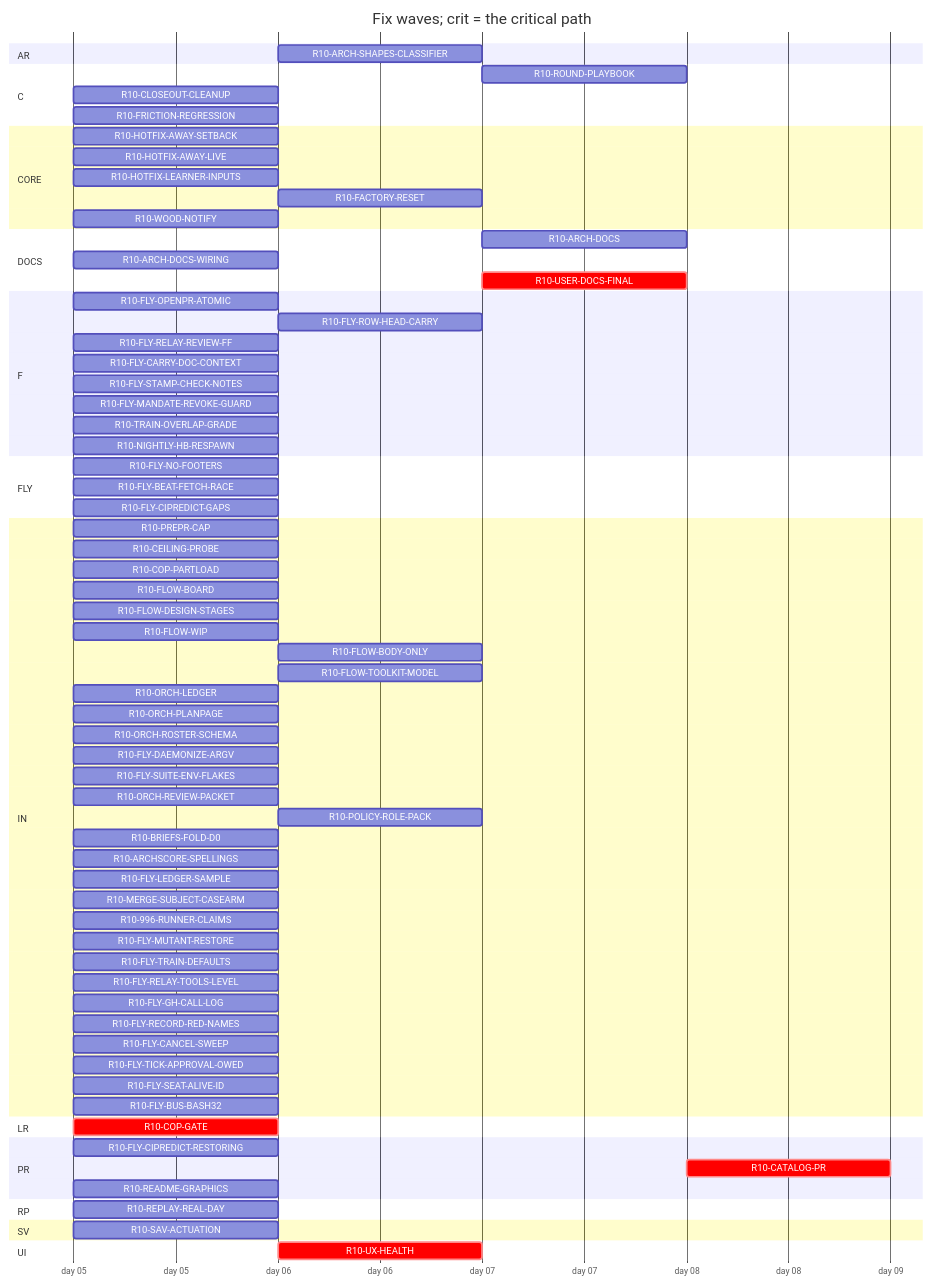
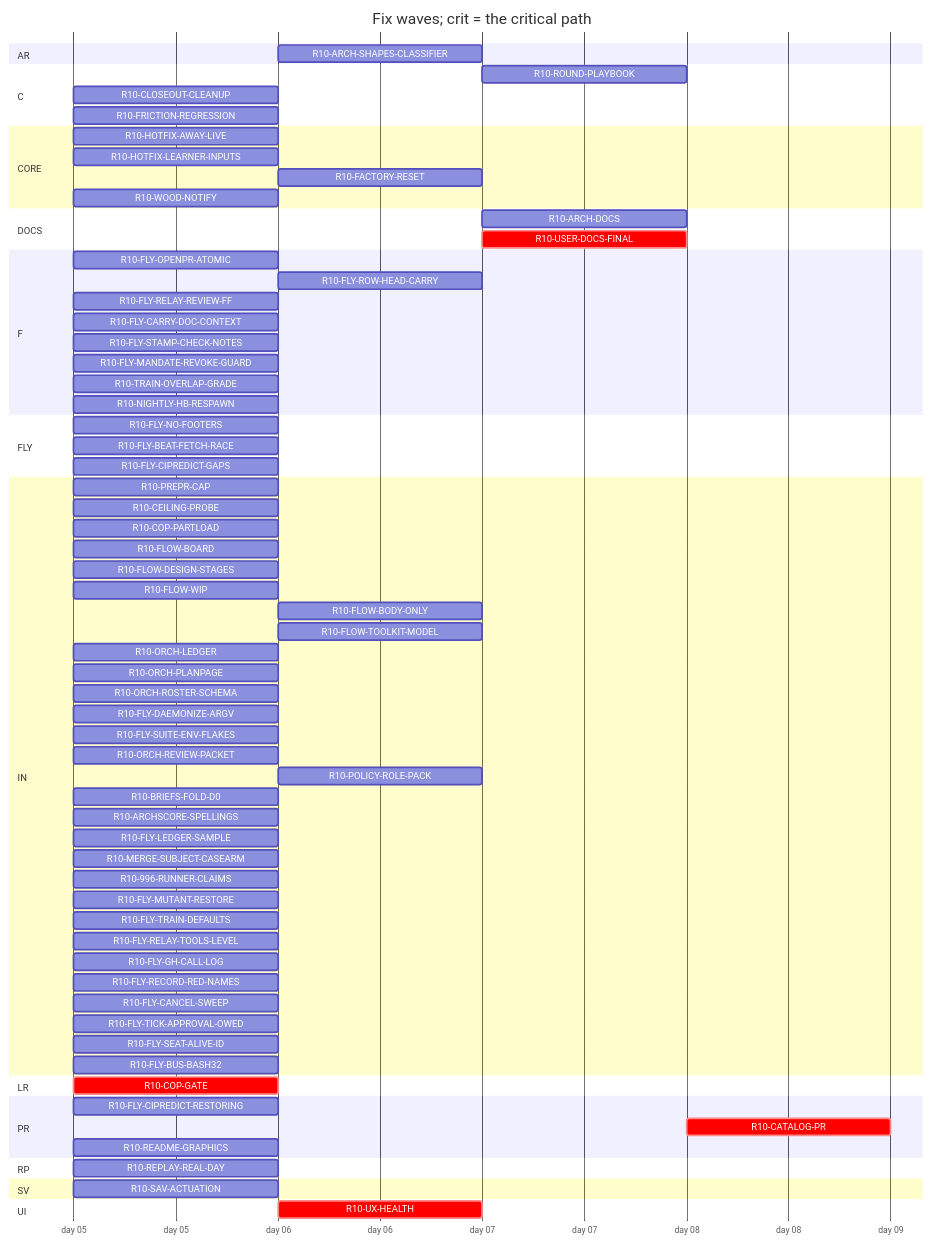
The diagram in handoff/round10/state/PLAN-TABLE.md (tvofi/heatpump_optimizer), drawn with Mermaid before and after one commit. The commit also changed other lines of this file and 3 other files, not shown here.

Commit message:
state: FLOW-BOARD.md, NEXT-SESSION-PROMPT.md, PLAN-TABLE.md, RESUME-CURRENT.md regenerated (state_docs.py)

````diff
--- a/handoff/round10/state/PLAN-TABLE.md
+++ b/handoff/round10/state/PLAN-TABLE.md
@@ -25,77 +25,75 @@
 ```mermaid
 gantt
   title Fix waves; crit = the critical path
   dateFormat YYYY-MM-DD
   axisFormat day %d
   section AR
     R10-ARCH-SHAPES-CLASSIFIER :r10ARCHSHAPESCLASSIFIER, after r10996RUNNERCLAIMS, 1d
   section C
     R10-ROUND-PLAYBOOK :r10ROUNDPLAYBOOK, after r10ORCHLEDGER r10ORCHPLANPAGE r10FLYRELAYREVIEWFF r10FLOWBODYONLY, 1d
     R10-CLOSEOUT-CLEANUP :r10CLOSEOUTCLEANUP, 2026-01-05, 1d
     R10-FRICTION-REGRESSION :r10FRICTIONREGRESSION, 2026-01-05, 1d
   section CORE
-    R10-HOTFIX-AWAY-SETBACK :r10HOTFIXAWAYSETBACK, 2026-01-05, 1d
     R10-HOTFIX-AWAY-LIVE :r10HOTFIXAWAYLIVE, 2026-01-05, 1d
     R10-HOTFIX-LEARNER-INPUTS :r10HOTFIXLEARNERINPUTS, 2026-01-05, 1d
     R10-FACTORY-RESET :r10FACTORYRESET, after r10HOTFIXLEARNERINPUTS, 1d
     R10-WOOD-NOTIFY :r10WOODNOTIFY, 2026-01-05, 1d
   section DOCS
     R10-ARCH-DOCS :r10ARCHDOCS, after r10COPGATE r10UXHEALTH r10CEILINGPROBE r10COPPARTLOAD r10FLOWBOARD r10FLOWDESIGNSTAGES r10FLOWWIP r10FLOWBODYONLY r10FLYOPENPRATOMIC r10FLYROWHEADCARRY r10FLYRELAYREVIEWFF r10FLYCARRYDOCCONTEXT r10FLOWTOOLKITMODEL r10FLYSTAMPCHECKNOTES r10FLYMANDATEREVOKEGUARD r10TRAINOVERLAPGRADE r10NIGHTLYHBRESPAWN r10ORCHLEDGER r10ORCHPLANPAGE r10ORCHROSTERSCHEMA r10FLYDAEMONIZEARGV r10ORCHREVIEWPACKET r10POLICYROLEPACK r10BRIEFSFOLDD0 r10REPLAYREALDAY r10ARCHSCORESPELLINGS r10SAVACTUATION r10FLYLEDGERSAMPLE r10READMEGRAPHICS, 1d
-    R10-ARCH-DOCS-WIRING :r10ARCHDOCSWIRING, 2026-01-05, 1d
-    R10-USER-DOCS-FINAL :crit, r10USERDOCSFINAL, after r10COPGATE r10UXHEALTH r10CEILINGPROBE r10COPPARTLOAD r10FLOWBOARD r10FLOWDESIGNSTAGES r10FLOWWIP r10FLOWBODYONLY r10FLYOPENPRATOMIC r10FLYROWHEADCARRY r10FLYRELAYREVIEWFF r10FLYCARRYDOCCONTEXT r10FLOWTOOLKITMODEL r10FLYSTAMPCHECKNOTES r10FLYMANDATEREVOKEGUARD r10TRAINOVERLAPGRADE r10NIGHTLYHBRESPAWN r10ORCHLEDGER r10ORCHPLANPAGE r10ORCHROSTERSCHEMA r10FLYDAEMONIZEARGV r10ORCHREVIEWPACKET r10POLICYROLEPACK r10BRIEFSFOLDD0 r10REPLAYREALDAY r10ARCHSCORESPELLINGS r10SAVACTUATION r10FLYLEDGERSAMPLE r10READMEGRAPHICS r10HOTFIXAWAYLIVE r10HOTFIXAWAYSETBACK r10HOTFIXLEARNERINPUTS r10FACTORYRESET r10WOODNOTIFY r10ARCHDOCSWIRING, 1d
+    R10-USER-DOCS-FINAL :crit, r10USERDOCSFINAL, after r10COPGATE r10UXHEALTH r10CEILINGPROBE r10COPPARTLOAD r10FLOWBOARD r10FLOWDESIGNSTAGES r10FLOWWIP r10FLOWBODYONLY r10FLYOPENPRATOMIC r10FLYROWHEADCARRY r10FLYRELAYREVIEWFF r10FLYCARRYDOCCONTEXT r10FLOWTOOLKITMODEL r10FLYSTAMPCHECKNOTES r10FLYMANDATEREVOKEGUARD r10TRAINOVERLAPGRADE r10NIGHTLYHBRESPAWN r10ORCHLEDGER r10ORCHPLANPAGE r10ORCHROSTERSCHEMA r10FLYDAEMONIZEARGV r10ORCHREVIEWPACKET r10POLICYROLEPACK r10BRIEFSFOLDD0 r10REPLAYREALDAY r10ARCHSCORESPELLINGS r10SAVACTUATION r10FLYLEDGERSAMPLE r10READMEGRAPHICS r10HOTFIXAWAYLIVE r10HOTFIXLEARNERINPUTS r10FACTORYRESET r10WOODNOTIFY, 1d
   section F
     R10-FLY-OPENPR-ATOMIC :r10FLYOPENPRATOMIC, 2026-01-05, 1d
     R10-FLY-ROW-HEAD-CARRY :r10FLYROWHEADCARRY, after r10FLYOPENPRATOMIC, 1d
     R10-FLY-RELAY-REVIEW-FF :r10FLYRELAYREVIEWFF, 2026-01-05, 1d
     R10-FLY-CARRY-DOC-CONTEXT :r10FLYCARRYDOCCONTEXT, 2026-01-05, 1d
     R10-FLY-STAMP-CHECK-NOTES :r10FLYSTAMPCHECKNOTES, 2026-01-05, 1d
     R10-FLY-MANDATE-REVOKE-GUARD :r10FLYMANDATEREVOKEGUARD, 2026-01-05, 1d
     R10-TRAIN-OVERLAP-GRADE :r10TRAINOVERLAPGRADE, 2026-01-05, 1d
     R10-NIGHTLY-HB-RESPAWN :r10NIGHTLYHBRESPAWN, 2026-01-05, 1d
   section FLY
     R10-FLY-NO-FOOTERS :r10FLYNOFOOTERS, 2026-01-05, 1d
     R10-FLY-BEAT-FETCH-RACE :r10FLYBEATFETCHRACE, 2026-01-05, 1d
     R10-FLY-CIPREDICT-GAPS :r10FLYCIPREDICTGAPS, 2026-01-05, 1d
   section IN
     R10-PREPR-CAP :r10PREPRCAP, 2026-01-05, 1d
     R10-CEILING-PROBE :r10CEILINGPROBE, 2026-01-05, 1d
     R10-COP-PARTLOAD :r10COPPARTLOAD, 2026-01-05, 1d
     R10-FLOW-BOARD :r10FLOWBOARD, 2026-01-05, 1d
     R10-FLOW-DESIGN-STAGES :r10FLOWDESIGNSTAGES, 2026-01-05, 1d
     R10-FLOW-WIP :r10FLOWWIP, 2026-01-05, 1d
     R10-FLOW-BODY-ONLY :r10FLOWBODYONLY, after r10FLYOPENPRATOMIC, 1d
     R10-FLOW-TOOLKIT-MODEL :r10FLOWTOOLKITMODEL, after r10ORCHPLANPAGE, 1d
     R10-ORCH-LEDGER :r10ORCHLEDGER, 2026-01-05, 1d
     R10-ORCH-PLANPAGE :r10ORCHPLANPAGE, 2026-01-05, 1d
     R10-ORCH-ROSTER-SCHEMA :r10ORCHROSTERSCHEMA, 2026-01-05, 1d
     R10-FLY-DAEMONIZE-ARGV :r10FLYDAEMONIZEARGV, 2026-01-05, 1d
     R10-FLY-SUITE-ENV-FLAKES :r10FLYSUITEENVFLAKES, 2026-01-05, 1d
     R10-ORCH-REVIEW-PACKET :r10ORCHREVIEWPACKET, 2026-01-05, 1d
     R10-POLICY-ROLE-PACK :r10POLICYROLEPACK, after r10FLOWDESIGNSTAGES, 1d
     R10-BRIEFS-FOLD-D0 :r10BRIEFSFOLDD0, 2026-01-05, 1d
     R10-ARCHSCORE-SPELLINGS :r10ARCHSCORESPELLINGS, 2026-01-05, 1d
     R10-FLY-LEDGER-SAMPLE :r10FLYLEDGERSAMPLE, 2026-01-05, 1d
     R10-MERGE-SUBJECT-CASEARM :r10MERGESUBJECTCASEARM, 2026-01-05, 1d
     R10-996-RUNNER-CLAIMS :r10996RUNNERCLAIMS, 2026-01-05, 1d
     R10-FLY-MUTANT-RESTORE :r10FLYMUTANTRESTORE, 2026-01-05, 1d
     R10-FLY-TRAIN-DEFAULTS :r10FLYTRAINDEFAULTS, 2026-01-05, 1d
     R10-FLY-RELAY-TOOLS-LEVEL :r10FLYRELAYTOOLSLEVEL, 2026-01-05, 1d
     R10-FLY-GH-CALL-LOG :r10FLYGHCALLLOG, 2026-01-05, 1d
     R10-FLY-RECORD-RED-NAMES :r10FLYRECORDREDNAMES, 2026-01-05, 1d
     R10-FLY-CANCEL-SWEEP :r10FLYCANCELSWEEP, 2026-01-05, 1d
     R10-FLY-TICK-APPROVAL-OWED :r10FLYTICKAPPROVALOWED, 2026-01-05, 1d
     R10-FLY-SEAT-ALIVE-ID :r10FLYSEATALIVEID, 2026-01-05, 1d
     R10-FLY-BUS-BASH32 :r10FLYBUSBASH32, 2026-01-05, 1d
   section LR
     R10-COP-GATE :crit, r10COPGATE, 2026-01-05, 1d
   section PR
     R10-FLY-CIPREDICT-RESTORING :r10FLYCIPREDICTRESTORING, 2026-01-05, 1d
     R10-CATALOG-PR :crit, r10CATALOGPR, after r10READMEGRAPHICS r10USERDOCSFINAL, 1d
     R10-README-GRAPHICS :r10READMEGRAPHICS, 2026-01-05, 1d
   section RP
     R10-REPLAY-REAL-DAY :r10REPLAYREALDAY, 2026-01-05, 1d
   section SV
     R10-SAV-ACTUATION :r10SAVACTUATION, 2026-01-05, 1d
   section UI
     R10-UX-HEALTH :crit, r10UXHEALTH, after r10COPGATE, 1d
 ```
````
